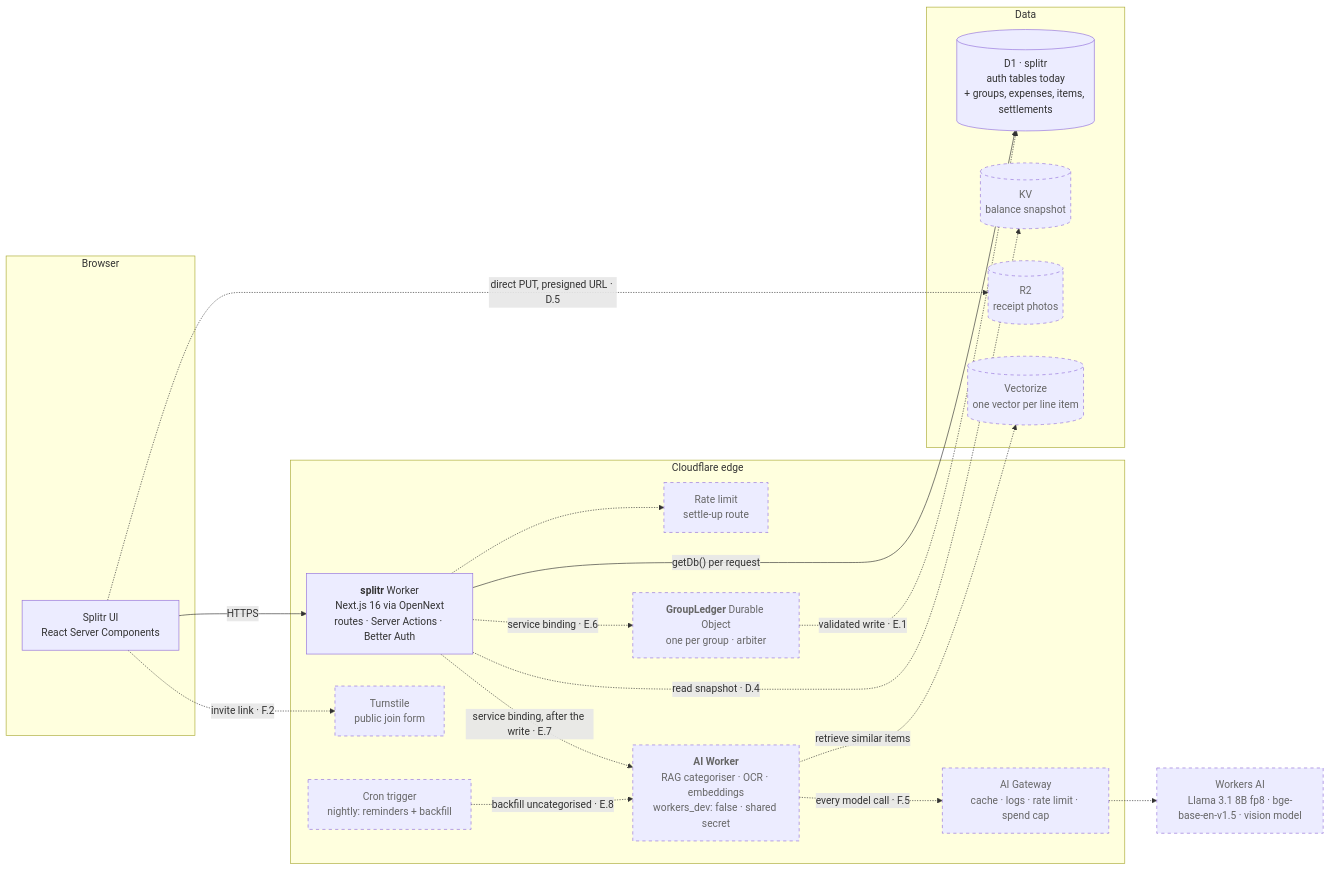
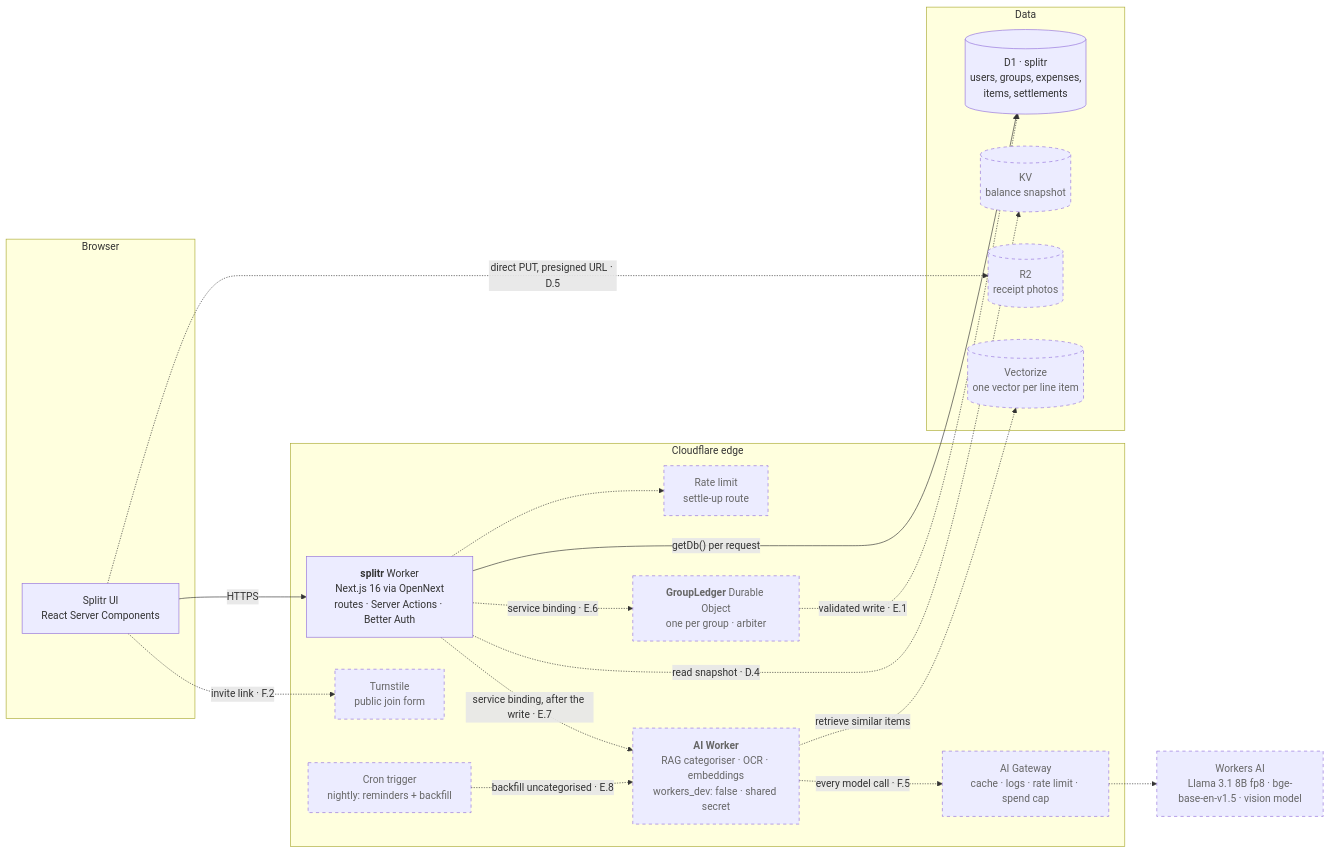
The first of 9 diagrams in README.md (rafio-dgn/splitr), drawn with Mermaid before and after one commit. The commit also changed other lines of this file and 18 other files, not shown here.

````diff
--- a/README.md
+++ b/README.md
@@ -90,42 +90,42 @@
 ```mermaid
 flowchart LR
     subgraph client["Browser"]
         UI["Splitr UI<br/>React Server Components"]
     end
 
     subgraph edge["Cloudflare edge"]
         APP["<b>splitr</b> Worker<br/>Next.js 16 via OpenNext<br/>routes · Server Actions · Better Auth"]
         TS["Turnstile<br/>public join form"]
         RL["Rate limit<br/>settle-up route"]
         DO["<b>GroupLedger</b> Durable Object<br/>one per group · arbiter"]
         AIW["<b>AI Worker</b><br/>RAG categoriser · OCR · embeddings<br/>workers_dev: false · shared secret"]
         CRON["Cron trigger<br/>nightly: reminders + backfill"]
         GW["AI Gateway<br/>cache · logs · rate limit · spend cap"]
     end
 
     subgraph data["Data"]
-        D1[("D1 · splitr<br/>auth tables today<br/>+ groups, expenses, items, settlements")]
+        D1[("D1 · splitr<br/>users, groups, expenses,<br/>items, settlements")]
         KV[("KV<br/>balance snapshot")]
         R2[("R2<br/>receipt photos")]
         VEC[("Vectorize<br/>one vector per line item")]
     end
 
     WAI["Workers AI<br/>Llama 3.1 8B fp8 · bge-base-en-v1.5 · vision model"]
 
     UI -->|"HTTPS"| APP
     APP -->|"getDb() per request"| D1
     UI -.->|"direct PUT, presigned URL · D.5"| R2
     UI -.->|"invite link · F.2"| TS
     APP -.->|"read snapshot · D.4"| KV
     APP -.->|"service binding · E.6"| DO
     APP -.-> RL
     DO -.->|"validated write · E.1"| D1
     APP -.->|"service binding, after the write · E.7"| AIW
     AIW -.->|"retrieve similar items"| VEC
     AIW -.->|"every model call · F.5"| GW
     GW -.-> WAI
     CRON -.->|"backfill uncategorised · E.8"| AIW
 
     classDef planned stroke-dasharray: 5 5,color:#666
     class TS,RL,DO,AIW,CRON,GW,KV,R2,VEC,WAI planned
 ```
````
